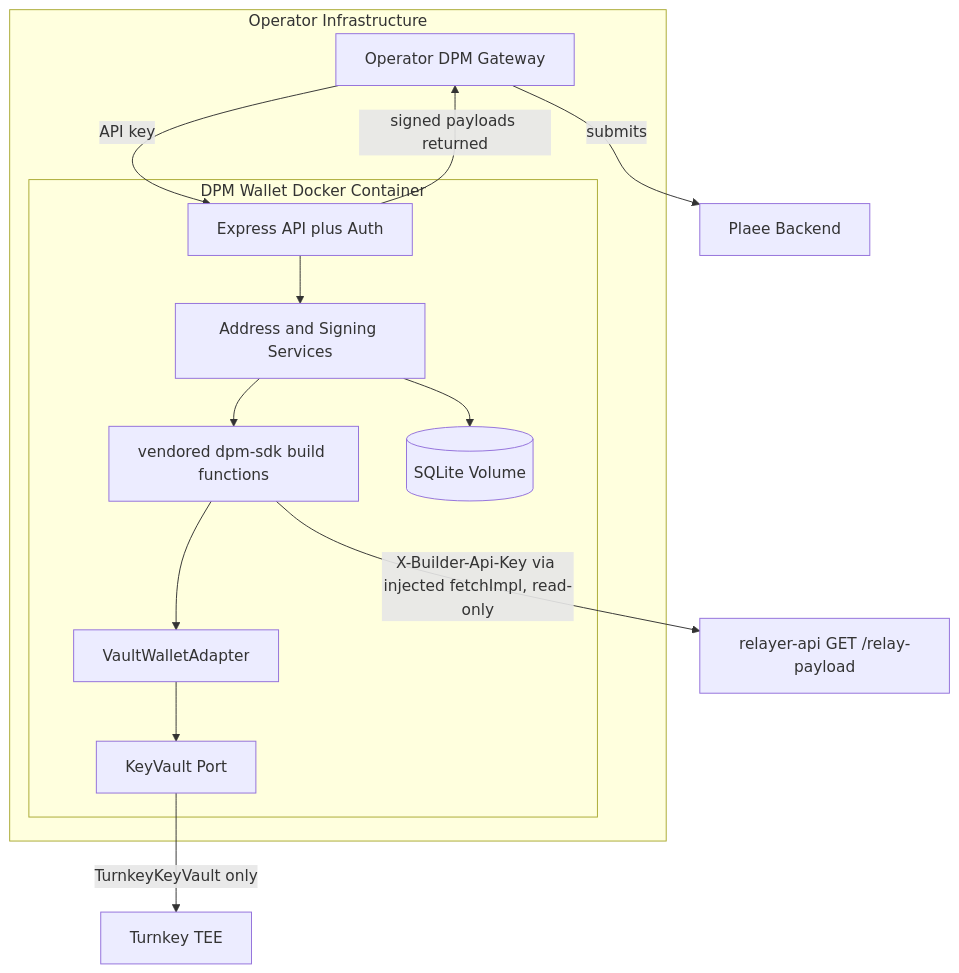
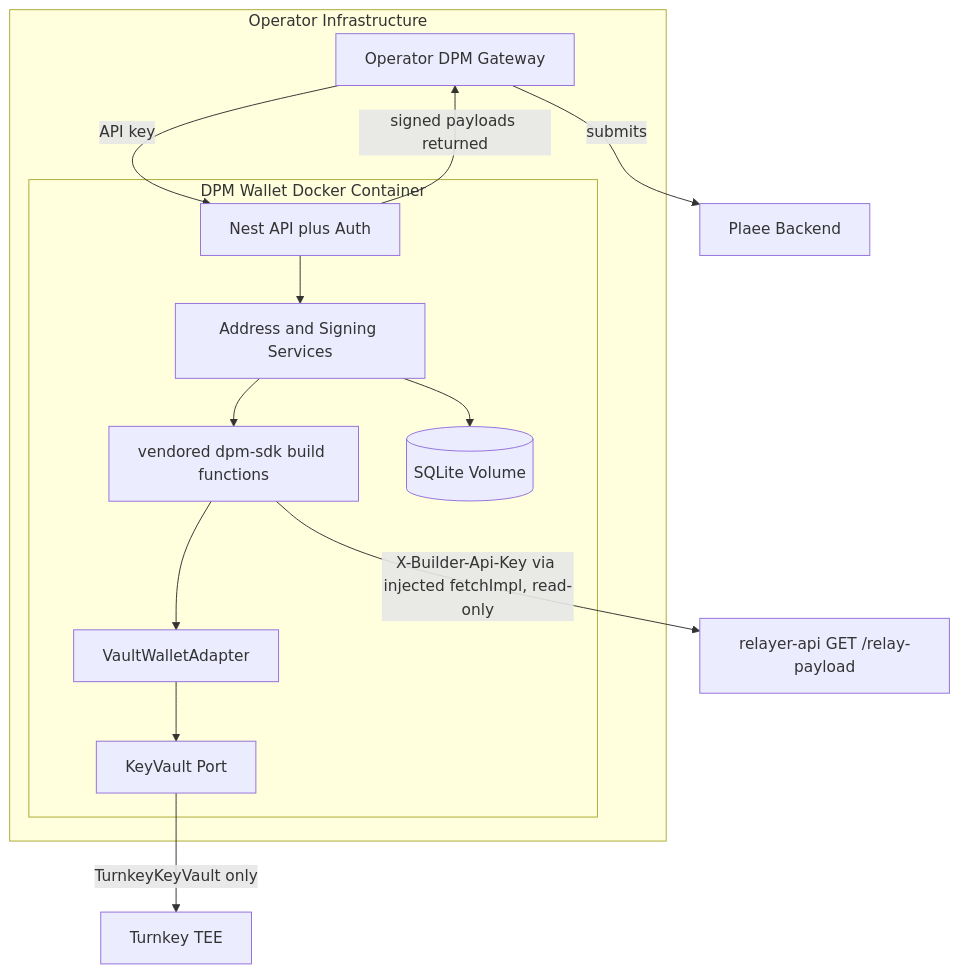
The diagram in docs/images/02-trust-boundary.mmd (In-a-bit/dpm-wallet), drawn with Mermaid before and after one commit. The commit also changed 138 other files, not shown here.

Commit message:
migrating express to nestJs

```diff
--- a/docs/images/02-trust-boundary.mmd
+++ b/docs/images/02-trust-boundary.mmd
@@ -1,26 +1,26 @@
 flowchart TB
   subgraph operatorInfra [Operator Infrastructure]
     gateway[Operator DPM Gateway]
     subgraph dpmw [DPM Wallet Docker Container]
-      api[Express API plus Auth]
+      api[Nest API plus Auth]
       services[Address and Signing Services]
       adapter[VaultWalletAdapter]
       sdk[vendored dpm-sdk build functions]
       vault[KeyVault Port]
       sqlite[(SQLite Volume)]
     end
   end
   turnkey[Turnkey TEE]
   relayer[relayer-api GET /relay-payload]
   plaee[Plaee Backend]
 
   gateway -->|API key| api
   api --> services
   services --> sdk
   services --> sqlite
   sdk --> adapter
   adapter --> vault
   vault -->|TurnkeyKeyVault only| turnkey
   sdk -->|"X-Builder-Api-Key via injected fetchImpl, read-only"| relayer
   api -->|signed payloads returned| gateway
   gateway -->|submits| plaee
```
